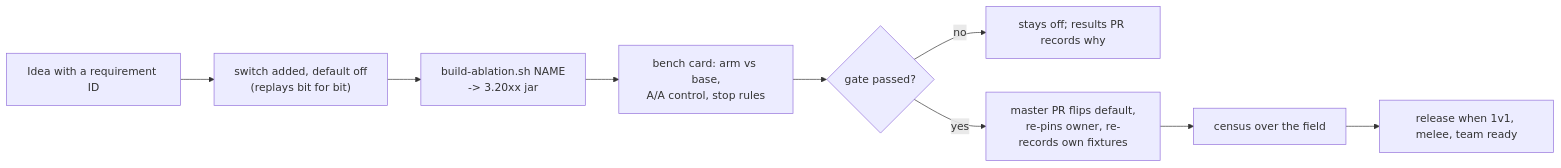
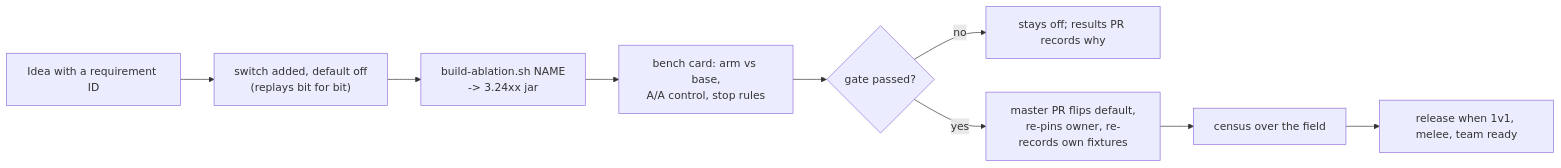
Before and after one commit to lgriffin/Hadur_Robot: diagram 16 of 25 in docs/architecture-c4.md, drawn with Mermaid. The commit also changed other lines of this file and 132 other files, not shown here.

First line of the commit message:
Architecture review: honest traceability gate, coverage floor, requirements by area, docs refresh (#998)

````diff
--- a/docs/architecture-c4.md
+++ b/docs/architecture-c4.md
@@ -633,11 +636,11 @@
 ```mermaid
 flowchart LR
   A["Idea with a requirement ID"] --> B["switch added, default off<br/>(replays bit for bit)"]
-  B --> C["build-ablation.sh NAME<br/>-> 3.20xx jar"]
+  B --> C["build-ablation.sh NAME<br/>-> 3.24xx jar"]
   C --> D["bench card: arm vs base,<br/>A/A control, stop rules"]
   D --> E{"gate passed?"}
   E -- no --> F["stays off; results PR records why"]
   E -- yes --> G["master PR flips default,<br/>re-pins owner, re-records own fixtures"]
   G --> H["census over the field"]
   H --> I["release when 1v1, melee, team ready"]
 ```
````
